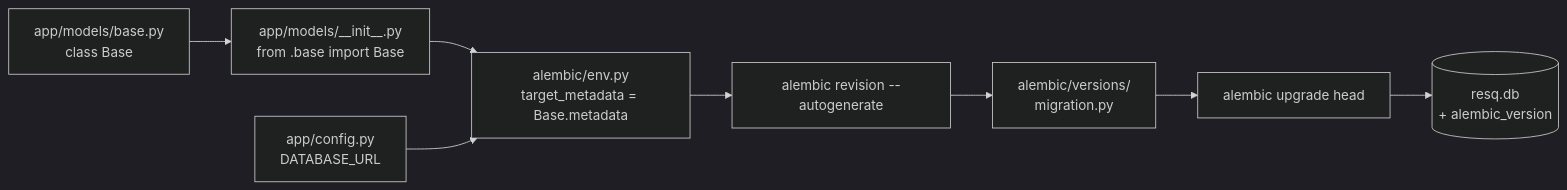
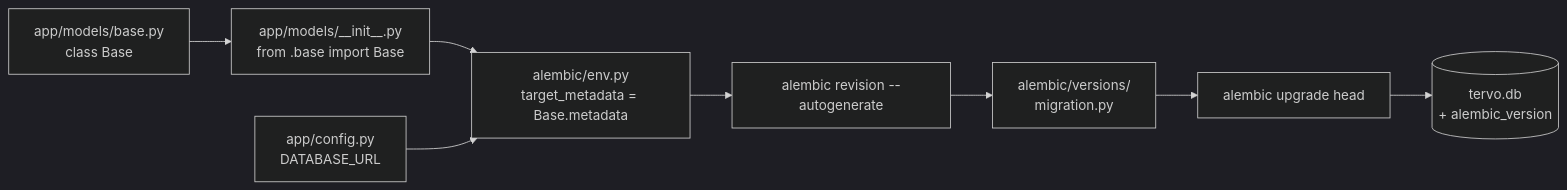
Before and after one commit to libileh91/tervo: the diagram in notes/backend/INT-00-initialiser-alembic.md, drawn with Mermaid (dark theme). The commit also changed other lines of this file and 73 other files, not shown here.

````diff
--- a/notes/backend/INT-00-initialiser-alembic.md
+++ b/notes/backend/INT-00-initialiser-alembic.md
@@ -251,10 +251,10 @@
 ```mermaid
 flowchart LR
     A[app/models/base.py<br/>class Base] --> B[app/models/__init__.py<br/>from .base import Base]
     B --> C[alembic/env.py<br/>target_metadata = Base.metadata]
     D[app/config.py<br/>DATABASE_URL] --> C
     C --> E[alembic revision --autogenerate]
     E --> F[alembic/versions/<br/>migration.py]
     F --> G[alembic upgrade head]
-    G --> H[(resq.db<br/>+ alembic_version)]
+    G --> H[(tervo.db<br/>+ alembic_version)]
 ```
````
